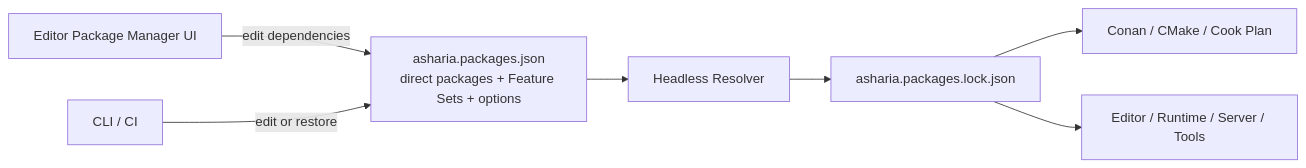
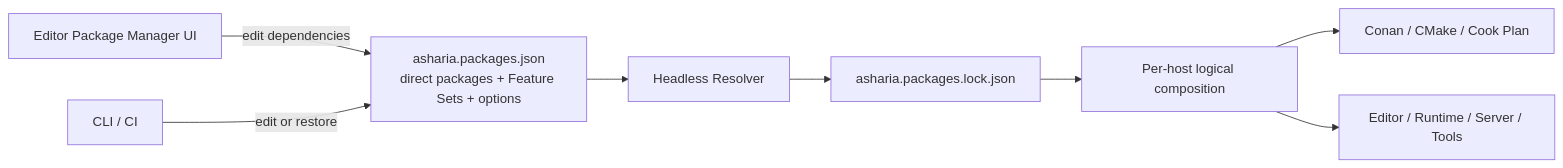
One commit to 66six11/Engine changed the diagram in docs/architecture/package-first.md. Above: the diagram before and after it, drawn with Mermaid. The commit also changed other lines of this file and 11 other files, not shown here.

Commit message:
feat: add deterministic host composition plans

````diff
--- a/docs/architecture/package-first.md
+++ b/docs/architecture/package-first.md
@@ -199,17 +200,19 @@
 ```mermaid
 flowchart LR
     Editor["Editor Package Manager UI"]
     CLI["CLI / CI"]
     Manifest["asharia.packages.json<br/>direct packages + Feature Sets + options"]
     Resolver["Headless Resolver"]
     Lock["asharia.packages.lock.json"]
+    Composition["Per-host logical composition"]
     Build["Conan / CMake / Cook Plan"]
     Hosts["Editor / Runtime / Server / Tools"]
 
     Editor -->|"edit dependencies"| Manifest
     CLI -->|"edit or restore"| Manifest
     Manifest --> Resolver
     Resolver --> Lock
-    Lock --> Build
-    Lock --> Hosts
+    Lock --> Composition
+    Composition --> Build
+    Composition --> Hosts
 ```
````
